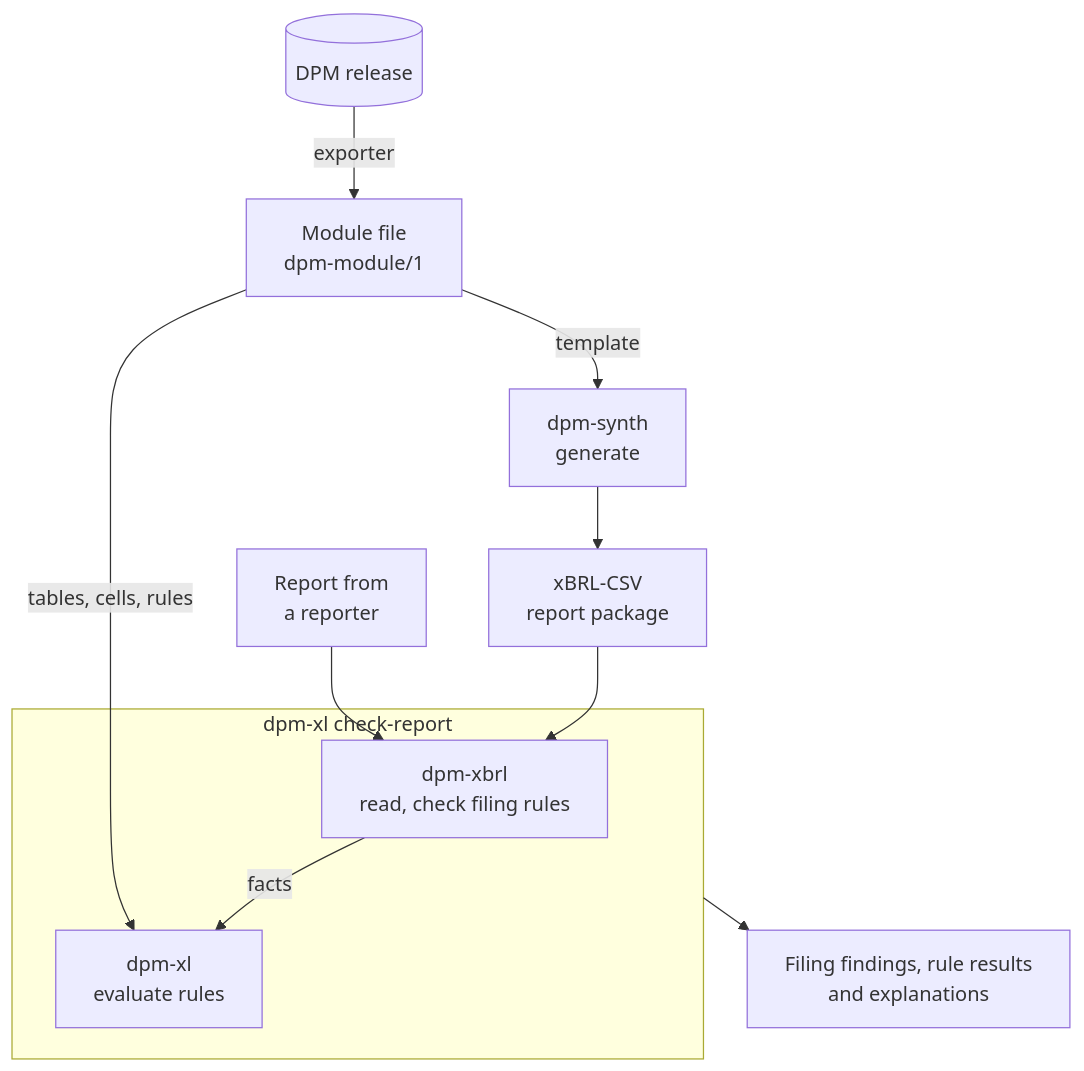
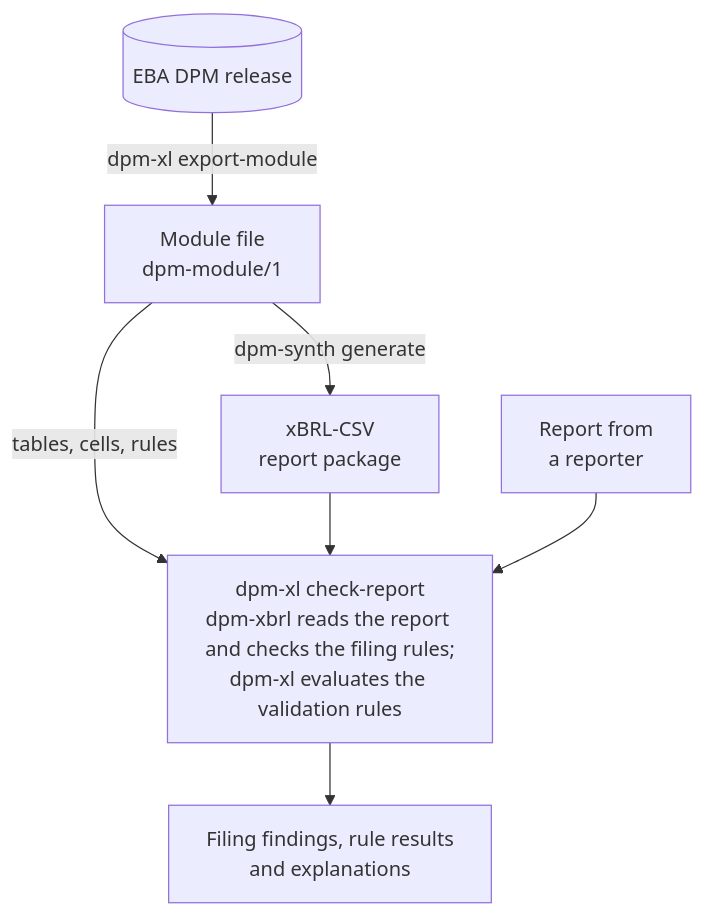
Before and after one commit to luukhopman/dpm-synth: the diagram in docs/toolkit.md, drawn with Mermaid. The commit also changed other lines of this file and 4 other files, not shown here.

````diff
--- a/docs/toolkit.md
+++ b/docs/toolkit.md
@@ -15,13 +72,11 @@
 ```mermaid
 flowchart TD
-    release[("DPM release")] -->|exporter| module["Module file<br>dpm-module/1"]
-    module -->|template| synth["dpm-synth<br>generate"]
-    synth --> package["xBRL-CSV<br>report package"]
-    subgraph check ["dpm-xl check-report"]
-        xbrl["dpm-xbrl<br>read, check filing rules"] -->|facts| xl["dpm-xl<br>evaluate rules"]
-    end
-    package --> xbrl
-    reporter["Report from<br>a reporter"] --> xbrl
-    module -->|tables, cells, rules| xl
+    release[("EBA DPM release")] -->|dpm-xl export-module| module["Module file<br>dpm-module/1"]
+    module -->|dpm-synth generate| package["xBRL-CSV<br>report package"]
+    reporter["Report from<br>a reporter"]
+    check["dpm-xl check-report<br>dpm-xbrl reads the report and checks the filing rules;<br>dpm-xl evaluates the validation rules"]
+    module -->|tables, cells, rules| check
+    package --> check
+    reporter --> check
     check --> results["Filing findings, rule results<br>and explanations"]
 ```
````
